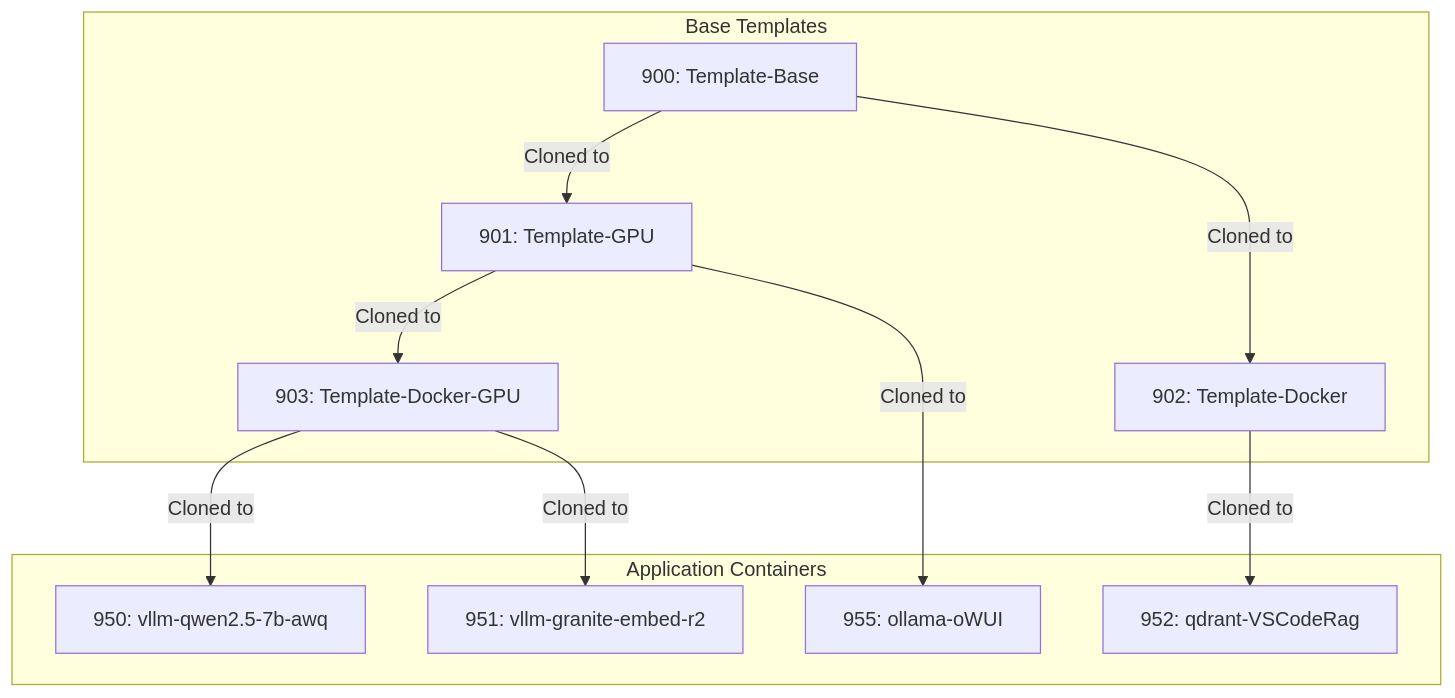
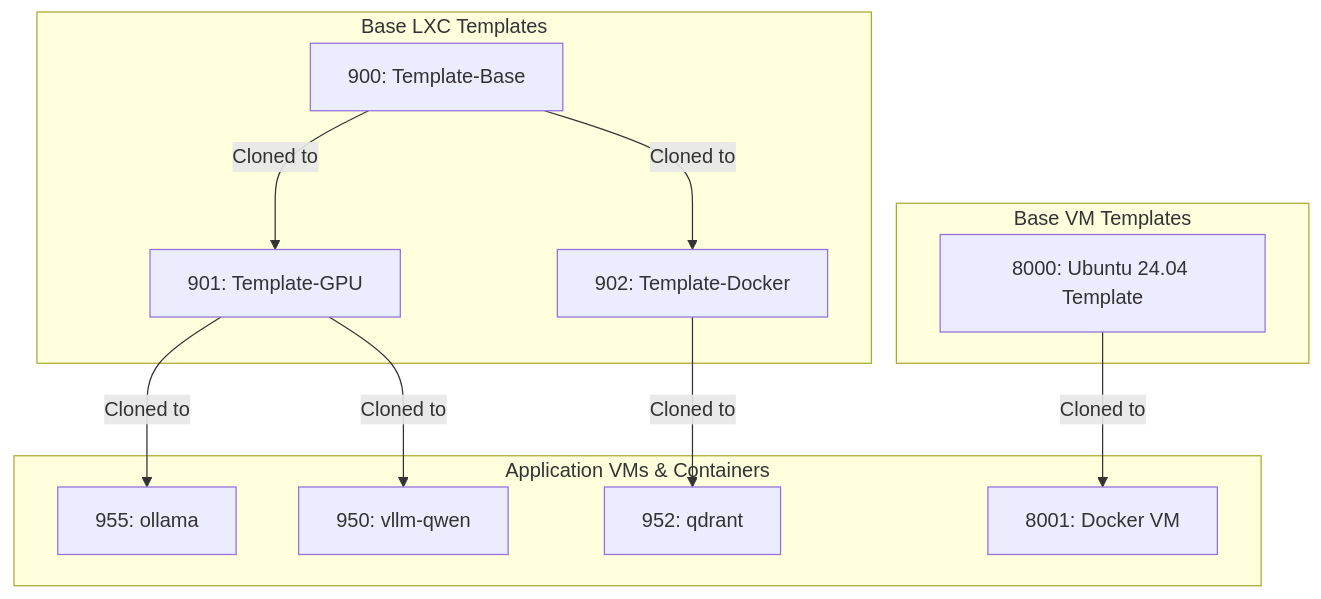
Before and after one commit to SirHeads/Testing-ideas: the first of 2 diagrams in Thinkheads.AI_docs/03_phoenix_hypervisor_implementation/00_guides/00_system_architecture_guide.md, drawn with Mermaid. The commit also changed other lines of this file and 31 other files, not shown here.

````diff
--- a/Thinkheads.AI_docs/03_phoenix_hypervisor_implementation/00_guides/00_system_architecture_guide.md
+++ b/Thinkheads.AI_docs/03_phoenix_hypervisor_implementation/00_guides/00_system_architecture_guide.md
@@ -38,24 +39,26 @@
 ```mermaid
 graph TD
-    subgraph "Base Templates"
+    subgraph "Base VM Templates"
+        T8000[8000: Ubuntu 24.04 Template]
+    end
+
+    subgraph "Base LXC Templates"
         T900[900: Template-Base]
         T901[901: Template-GPU]
         T902[902: Template-Docker]
-        T903[903: Template-Docker-GPU]
     end
 
-    subgraph "Application Containers"
-        C950[950: vllm-qwen2.5-7b-awq]
-        C951[951: vllm-granite-embed-r2]
-        C952[952: qdrant-VSCodeRag]
-        C955[955: ollama-oWUI]
+    subgraph "Application VMs & Containers"
+        VM8001[8001: Docker VM]
+        C950[950: vllm-qwen]
+        C952[952: qdrant]
+        C955[955: ollama]
     end
 
+    T8000 -- Cloned to --> VM8001
     T900 -- Cloned to --> T901
     T900 -- Cloned to --> T902
-    T901 -- Cloned to --> T903
     T901 -- Cloned to --> C955
     T902 -- Cloned to --> C952
-    T903 -- Cloned to --> C950
-    T903 -- Cloned to --> C951
+    T901 -- Cloned to --> C950
 ```
````
